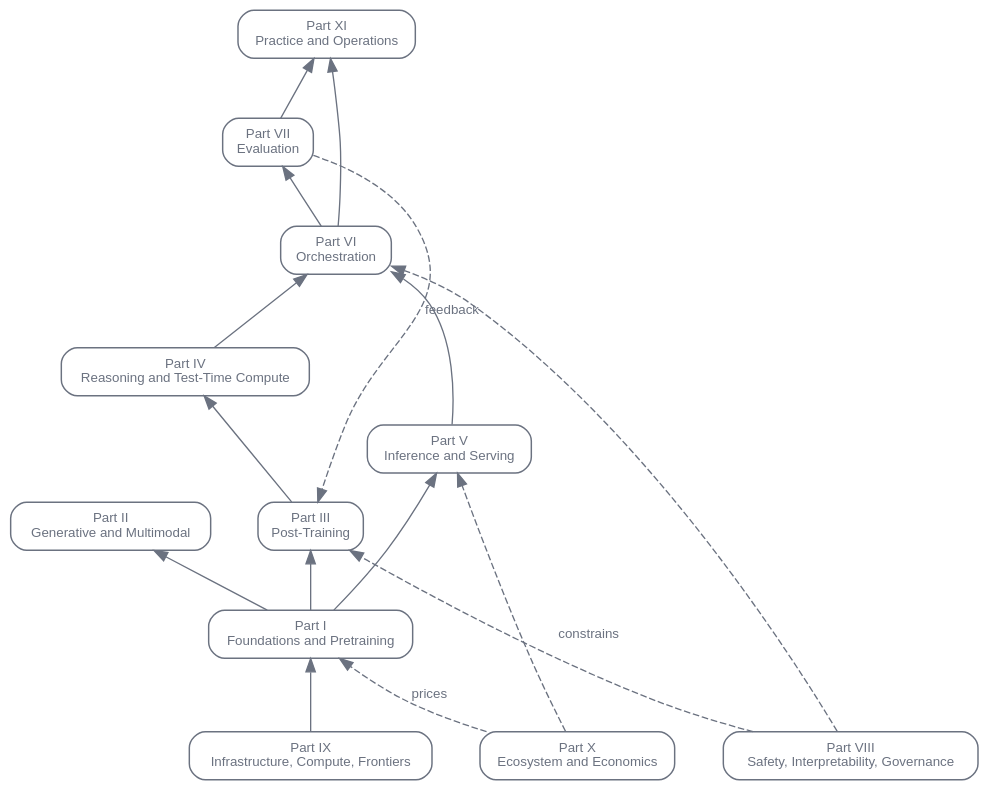
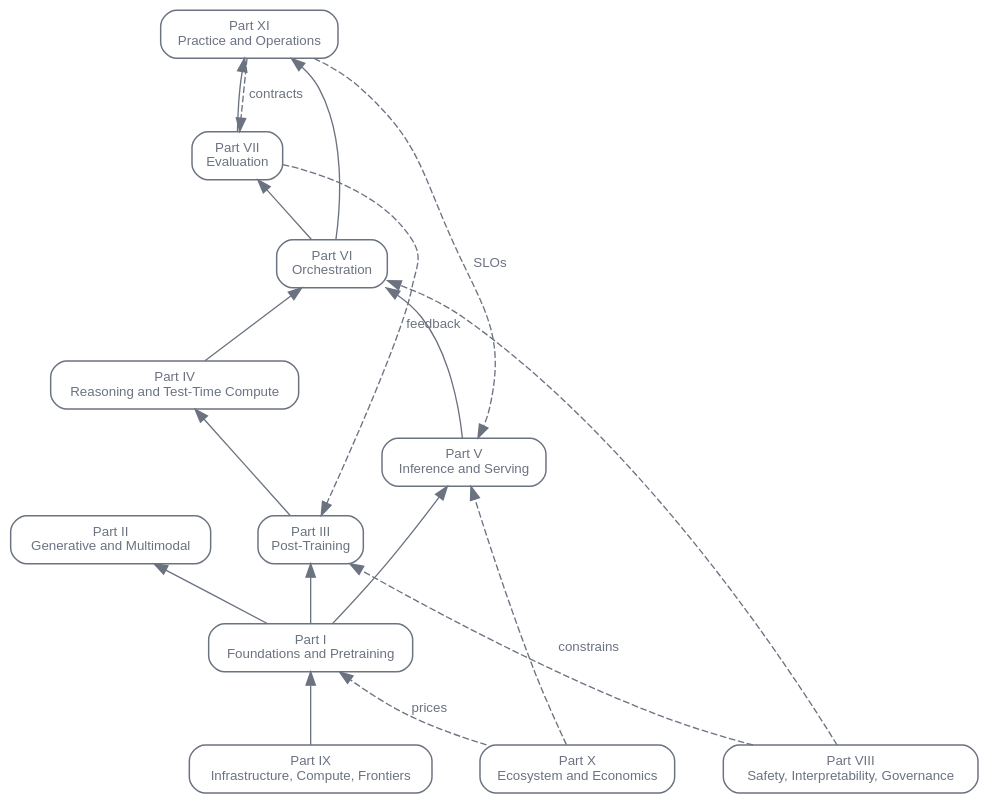
The first of 2 diagrams in en/orientation/02-field-map.qmd (latere-ai/ai-as-an-infrastructure), drawn with Graphviz before and after one commit. The commit also changed other lines of this file and 26 other files, not shown here.

````diff
--- a/en/orientation/02-field-map.qmd
+++ b/en/orientation/02-field-map.qmd
@@ -27,34 +27,36 @@
 ```{dot}
 //| label: fig-field-map-stack
 //| fig-cap: "The substantive parts read as a stack. Solid arrows point from a layer to the layer built on it; dashed arrows are cross-cutting forces (evaluation feedback, safety constraints, economic pricing) that reach across layers rather than feed one into the next."
 digraph {
   bgcolor="transparent";
   rankdir=BT;
   nodesep=0.5; ranksep=0.6;
   node [shape=box, style=rounded, fontsize=10, fontname="Helvetica", color="#6b7280", fontcolor="#6b7280", penwidth=1.1];
   edge [fontsize=10, fontname="Helvetica", color="#6b7280", fontcolor="#6b7280"];
 
   PIX  [label="Part IX\nInfrastructure, Compute, Frontiers"];
   PI   [label="Part I\nFoundations and Pretraining"];
   PII  [label="Part II\nGenerative and Multimodal"];
   PIII [label="Part III\nPost-Training"];
   PIV  [label="Part IV\nReasoning and Test-Time Compute"];
   PV   [label="Part V\nInference and Serving"];
   PVI  [label="Part VI\nOrchestration"];
   PVII [label="Part VII\nEvaluation"];
   PVIII[label="Part VIII\nSafety, Interpretability, Governance"];
   PX   [label="Part X\nEcosystem and Economics"];
   PXI  [label="Part XI\nPractice and Operations"];
 
   PIX -> PI;
   PI -> PII; PI -> PIII; PI -> PV;
   PIII -> PIV; PIV -> PVI; PV -> PVI;
   PVI -> PVII; PVI -> PXI; PVII -> PXI;
 
   PVII  -> PIII [style=dashed, label="feedback", constraint=false];
   PVIII -> PIII [style=dashed, label="constrains", constraint=false];
   PVIII -> PVI  [style=dashed, constraint=false];
   PX -> PI [style=dashed, label="prices", constraint=false];
   PX -> PV [style=dashed, constraint=false];
+  PXI -> PV [style=dashed, label="SLOs", constraint=false];
+  PXI -> PVII [style=dashed, label="contracts", constraint=false];
 }
 ```
````
